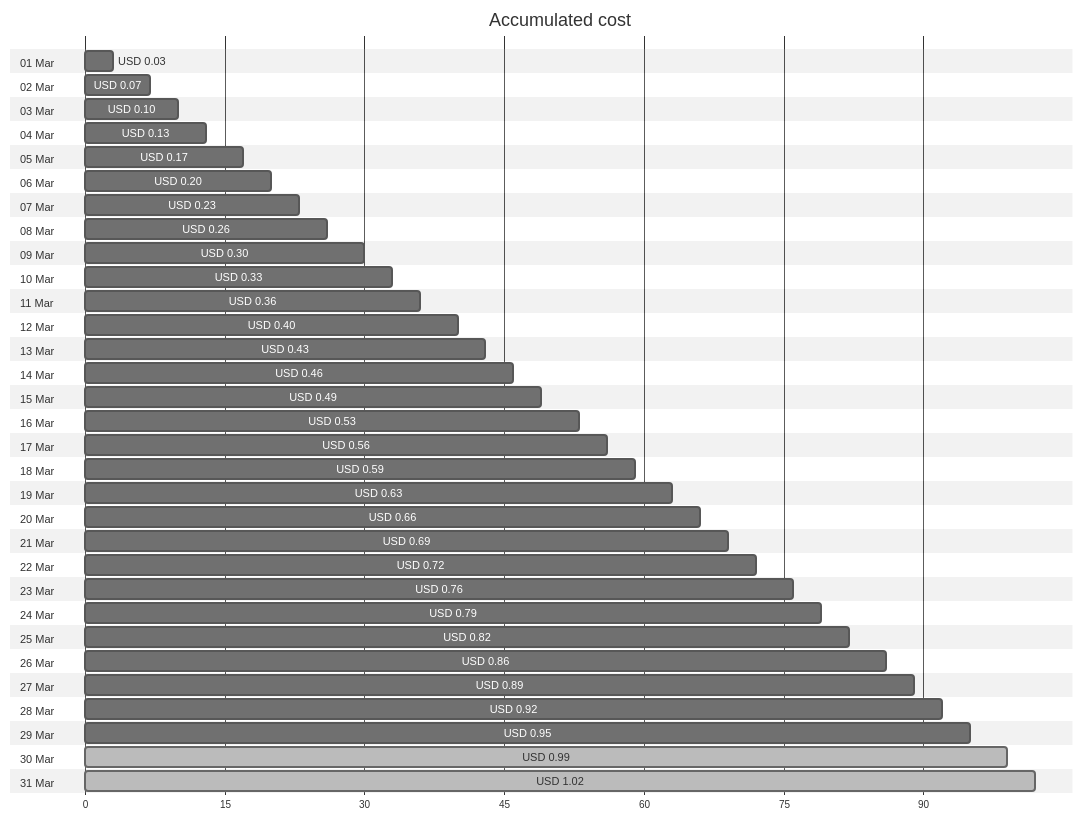
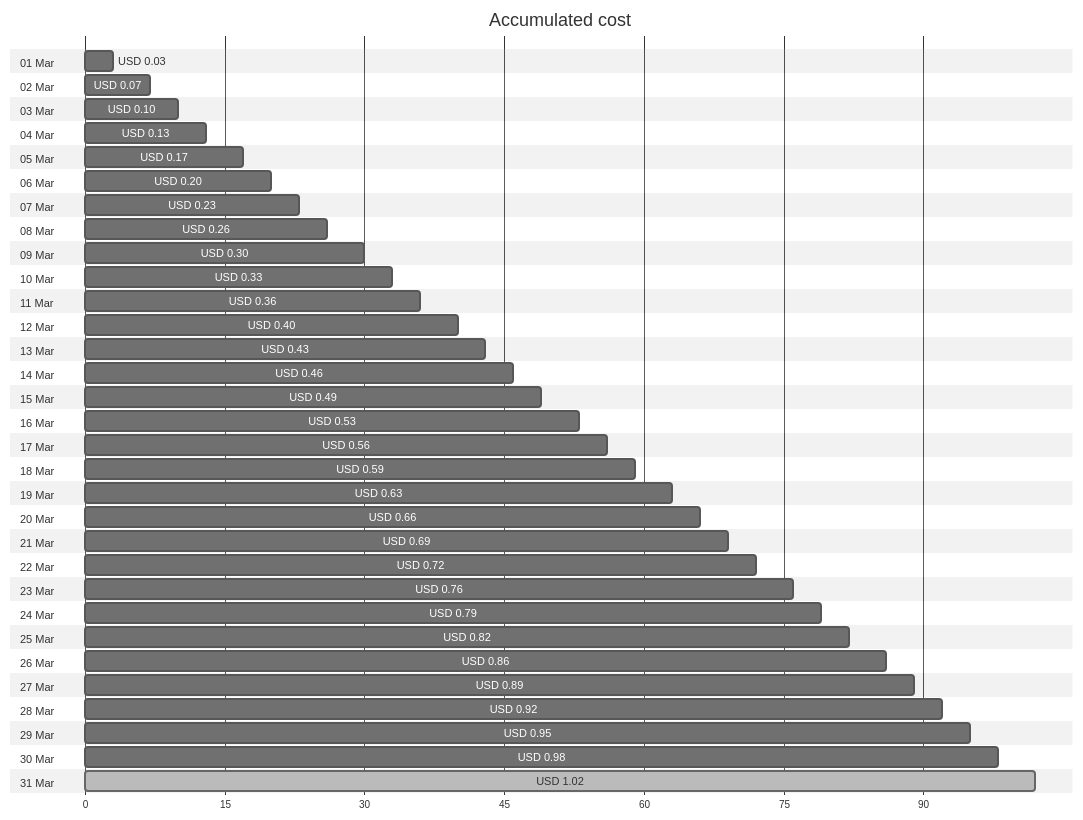
One commit to jpfulton/azure-personal-reports changed the first of 4 diagrams in cost-reports/personal-dns/README.md. Above: the diagram before and after it, drawn with Mermaid (neutral theme). The commit also changed other lines of this file and 2 other files, not shown here.

````diff
--- a/cost-reports/personal-dns/README.md
+++ b/cost-reports/personal-dns/README.md
@@ -20,68 +20,68 @@
 ```mermaid
 gantt
    title Accumulated cost
    dateFormat  X
    axisFormat %s
    section 01 Mar
    USD 0.03 :0, 3
    section 02 Mar
    USD 0.07 :0, 7
    section 03 Mar
    USD 0.10 :0, 10
    section 04 Mar
    USD 0.13 :0, 13
    section 05 Mar
    USD 0.17 :0, 17
    section 06 Mar
    USD 0.20 :0, 20
    section 07 Mar
    USD 0.23 :0, 23
    section 08 Mar
    USD 0.26 :0, 26
    section 09 Mar
    USD 0.30 :0, 30
    section 10 Mar
    USD 0.33 :0, 33
    section 11 Mar
    USD 0.36 :0, 36
    section 12 Mar
    USD 0.40 :0, 40
    section 13 Mar
    USD 0.43 :0, 43
    section 14 Mar
    USD 0.46 :0, 46
    section 15 Mar
    USD 0.49 :0, 49
    section 16 Mar
    USD 0.53 :0, 53
    section 17 Mar
    USD 0.56 :0, 56
    section 18 Mar
    USD 0.59 :0, 59
    section 19 Mar
    USD 0.63 :0, 63
    section 20 Mar
    USD 0.66 :0, 66
    section 21 Mar
    USD 0.69 :0, 69
    section 22 Mar
    USD 0.72 :0, 72
    section 23 Mar
    USD 0.76 :0, 76
    section 24 Mar
    USD 0.79 :0, 79
    section 25 Mar
    USD 0.82 :0, 82
    section 26 Mar
    USD 0.86 :0, 86
    section 27 Mar
    USD 0.89 :0, 89
    section 28 Mar
    USD 0.92 :0, 92
    section 29 Mar
    USD 0.95 :0, 95
    section 30 Mar
-   USD 0.99 : done, 0, 99
+   USD 0.98 :0, 98
    section 31 Mar
    USD 1.02 : done, 0, 102
 ```
````
